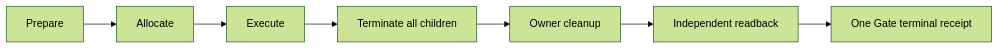
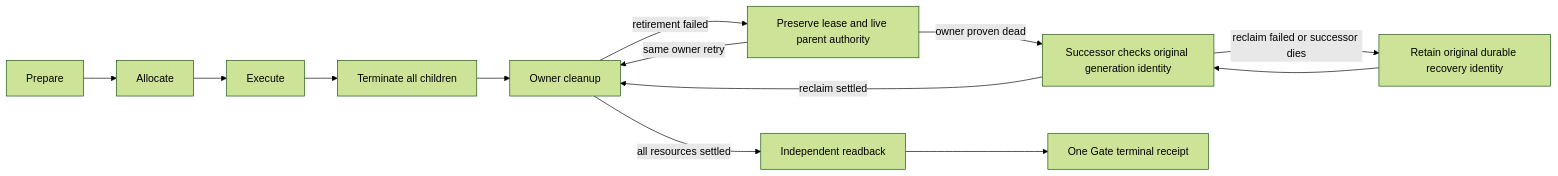
The fourth of 4 diagrams in docs/verification-governance/execution-and-session.md (sec-platform/sec), drawn with Mermaid (forest theme) before and after one commit. The commit also changed other lines of this file and 419 other files, not shown here.

````diff
--- a/docs/verification-governance/execution-and-session.md
+++ b/docs/verification-governance/execution-and-session.md
@@ -160,9 +179,15 @@
 ```mermaid
 flowchart LR
   P[Prepare] --> A[Allocate]
   A --> E[Execute]
   E --> T[Terminate all children]
   T --> C[Owner cleanup]
-  C --> R[Independent readback]
+  C -->|retirement failed| F[Preserve lease and live parent authority]
+  F -->|same owner retry| C
+  F -->|owner proven dead| S[Successor checks original generation identity]
+  S -->|reclaim failed or successor dies| D[Retain original durable recovery identity]
+  D --> S
+  S -->|reclaim settled| C
+  C -->|all resources settled| R[Independent readback]
   R --> X[One Gate terminal receipt]
 ```
````
